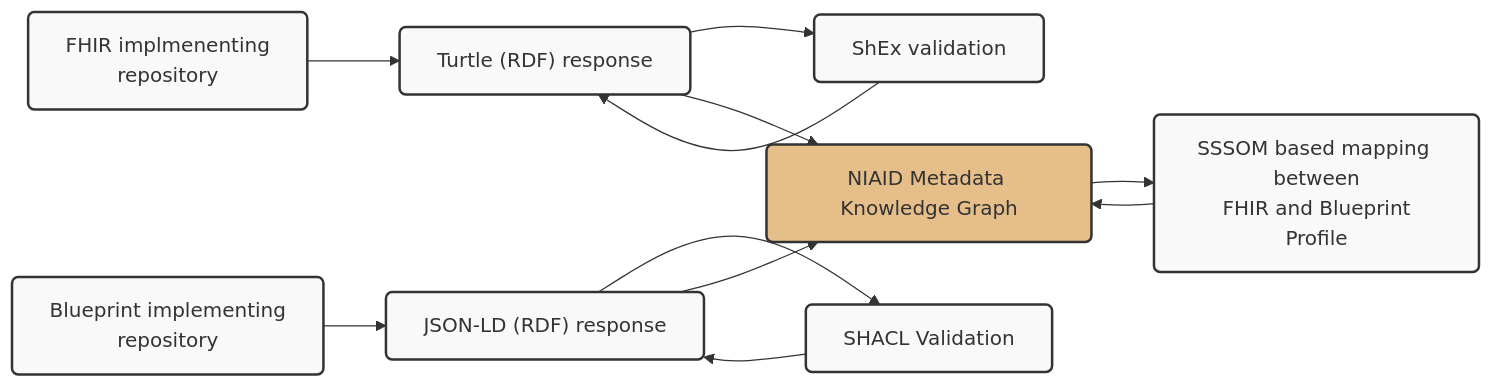
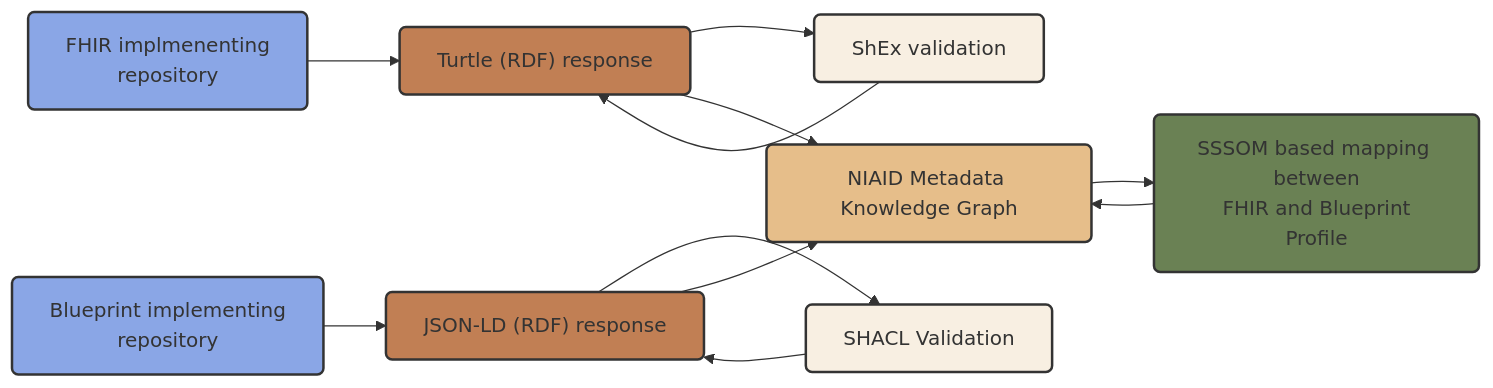
Before and after one commit to go-fair-us/apireference: the third of 3 diagrams in README.md, drawn with Mermaid. The commit also changed other lines of this file and 4 other files, not shown here.

````diff
--- a/README.md
+++ b/README.md
@@ -227,40 +314,47 @@
 ```mermaid
 flowchart LR
     bpr["Blueprint implementing\n repository"]
     fhr["FHIR implmenenting\n repository"]
     
     jld["JSON-LD (RDF) response"]
     ttl["Turtle (RDF) response"]
     
     shx["ShEx validation"]
     shcl["SHACL Validation"]
     
     bpr --> jld
     
     fhr --> ttl
     
     shx --> ttl
     ttl --> shx 
     
     shcl --> jld
     jld --> shcl
     
     kg["NIAID Metadata Knowledge Graph"]
     
     jld --> kg
     ttl --> kg
     
     ss["SSSOM based mapping between\n FHIR and Blueprint Profile"]
     
     kg --> ss
     ss --> kg
     
     %% Define styling for boxes
-    classDef boxStyle fill:#f9f9f9,stroke:#333,stroke-width:2px,rx:5,ry:5
+    classDef boxStyle fill:#6a8154,stroke:#333,stroke-width:2px,rx:5,ry:5
     classDef kgStyle fill:#e6be8a,stroke:#333,stroke-width:2px,rx:5,ry:5
+    classDef srcStyle fill:#8AA6E6,stroke:#333,stroke-width:2px,rx:5,ry:5
+    classDef rdfStyle fill:#c17f54,stroke:#333,stroke-width:2px,rx:5,ry:5
+    classDef valStyle fill:#f8efe2,stroke:#333,stroke-width:2px,rx:5,ry:5
 
 
     %% Apply styling to all nodes
-    class bpr,fhr,jld,ttl,shx,shcl,ss boxStyle
+    class ss boxStyle
     class kg kgStyle
+    class bpr,fhr srcStyle
+    class jld,ttl rdfStyle
+    class shx,shcl valStyle
+
 ```
````
